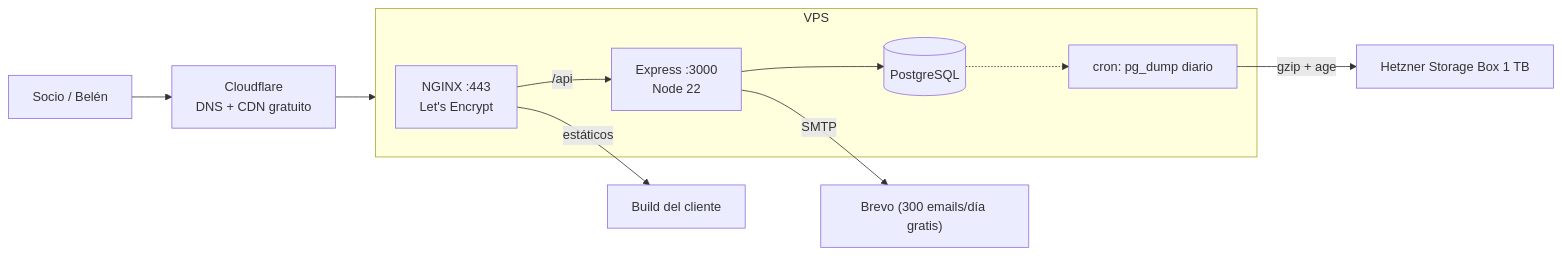
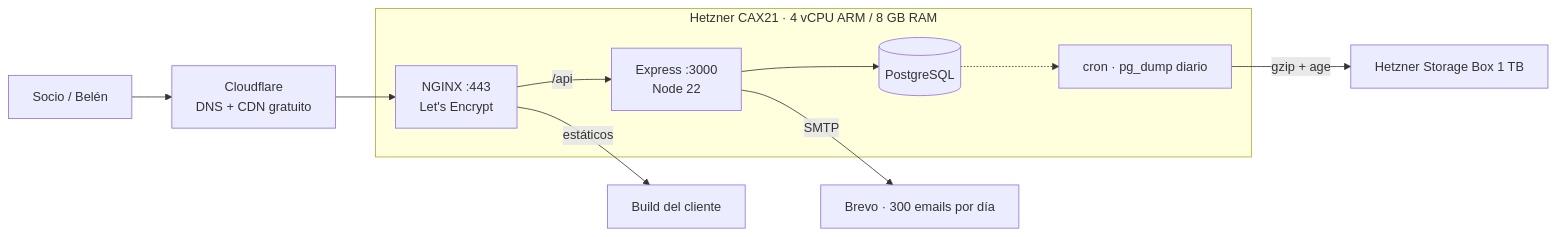
One commit to HERRTMALT/gim-mvp changed the sixth of 12 diagrams in docs/DOCUMENTACION_TECNICA.md. Above: the diagram before and after it, drawn with Mermaid.

Commit message:
arreglo de fallo de render

````diff
--- a/docs/DOCUMENTACION_TECNICA.md
+++ b/docs/DOCUMENTACION_TECNICA.md
@@ -341,17 +341,18 @@
 ```mermaid
 flowchart LR
-    U["Socio / Belén"] --> CF["Cloudflare<br/>DNS + CDN gratuito"]
-    CF --> VPS["Hetzner CAX21<br/>4 vCPU ARM / 8 GB RAM"]
-    subgraph VPS
+    subgraph SERVIDOR["Hetzner CAX21 · 4 vCPU ARM / 8 GB RAM"]
         NG["NGINX :443<br/>Let's Encrypt"]
         API["Express :3000<br/>Node 22"]
         PG[("PostgreSQL")]
-        CRON["cron: pg_dump diario"]
+        CRON["cron · pg_dump diario"]
     end
+
+    U["Socio / Belén"] --> CF["Cloudflare<br/>DNS + CDN gratuito"]
+    CF --> NG
     NG -->|"estáticos"| WEB["Build del cliente"]
     NG -->|"/api"| API
     API --> PG
     PG -.-> CRON
     CRON -->|"gzip + age"| SB["Hetzner Storage Box 1 TB"]
-    API -->|"SMTP"| BR["Brevo (300 emails/día gratis)"]
+    API -->|"SMTP"| BR["Brevo · 300 emails por día"]
 ```
````
